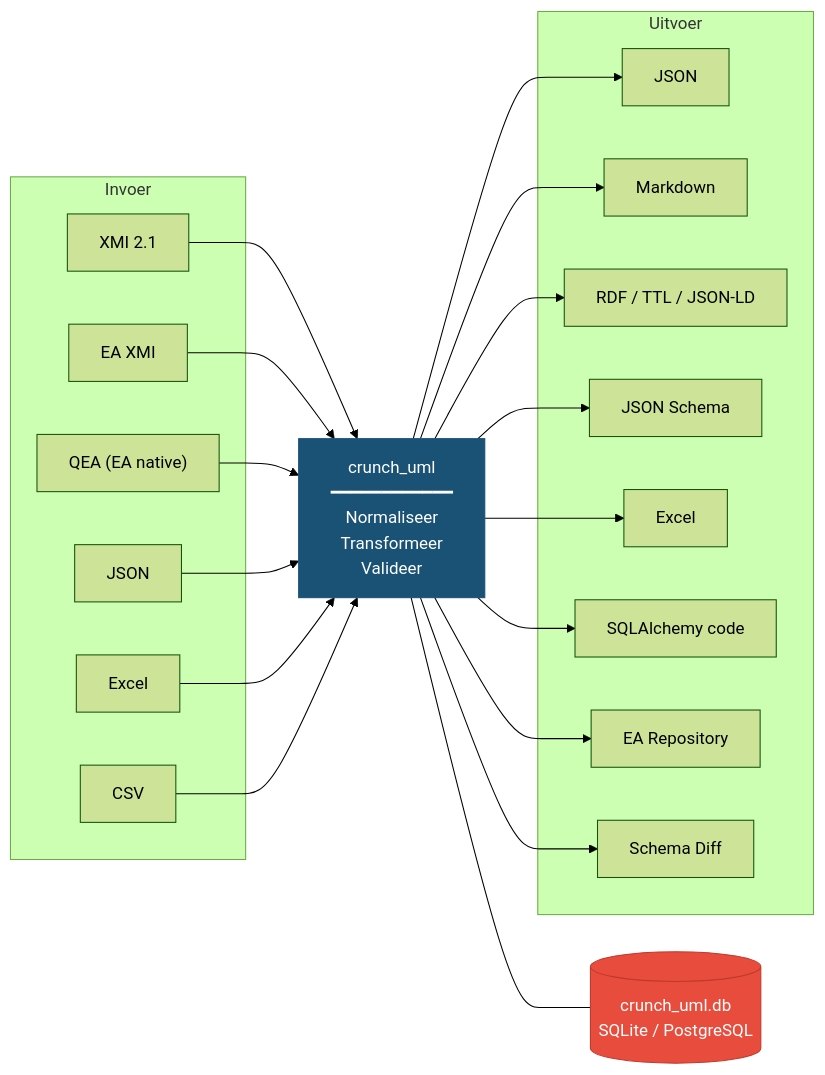
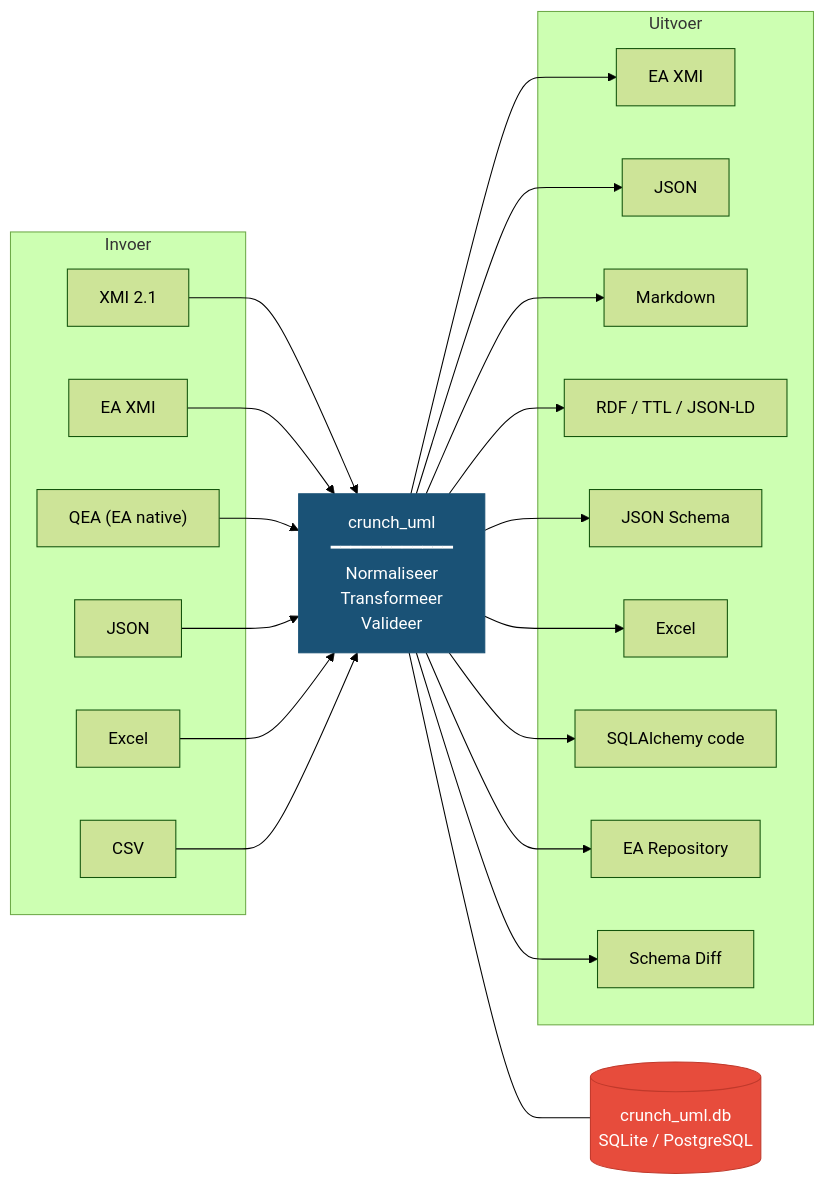
The diagram in docs/index.md (brienen/crunch_uml), drawn with Mermaid (forest theme) before and after one commit. The commit also changed other lines of this file and 70 other files, not shown here.

First line of the commit message:
docs: werk documentatie bij voor diagram-ondersteuning en datamodelversionering

````diff
--- a/docs/index.md
+++ b/docs/index.md
@@ -43,31 +43,32 @@
 ```mermaid
 graph LR
     subgraph Invoer
         XMI["XMI 2.1"]
         EAXMI["EA XMI"]
         QEA["QEA (EA native)"]
         JSON["JSON"]
         XLSX["Excel"]
         CSV["CSV"]
     end
 
     CU["crunch_uml<br/>━━━━━━━━━━━━<br/>Normaliseer<br/>Transformeer<br/>Valideer"]
 
     subgraph Uitvoer
+        EAXMI2["EA XMI"]
         JSON2["JSON"]
         MD["Markdown"]
         RDF["RDF / TTL / JSON-LD"]
         JSCHEMA["JSON Schema"]
         XLS2["Excel"]
         SQLA["SQLAlchemy code"]
         EA["EA Repository"]
         DIFF["Schema Diff"]
     end
 
     XMI & EAXMI & QEA & JSON & XLSX & CSV --> CU
-    CU --> JSON2 & MD & RDF & JSCHEMA & XLS2 & SQLA & EA & DIFF
+    CU --> EAXMI2 & JSON2 & MD & RDF & JSCHEMA & XLS2 & SQLA & EA & DIFF
     CU --- DB[("crunch_uml.db<br/>SQLite / PostgreSQL")]
 
     style CU fill:#1a5276,color:#fff,stroke:#1a5276
     style DB fill:#e74c3c,color:#fff,stroke:#c0392b
 ```
````
